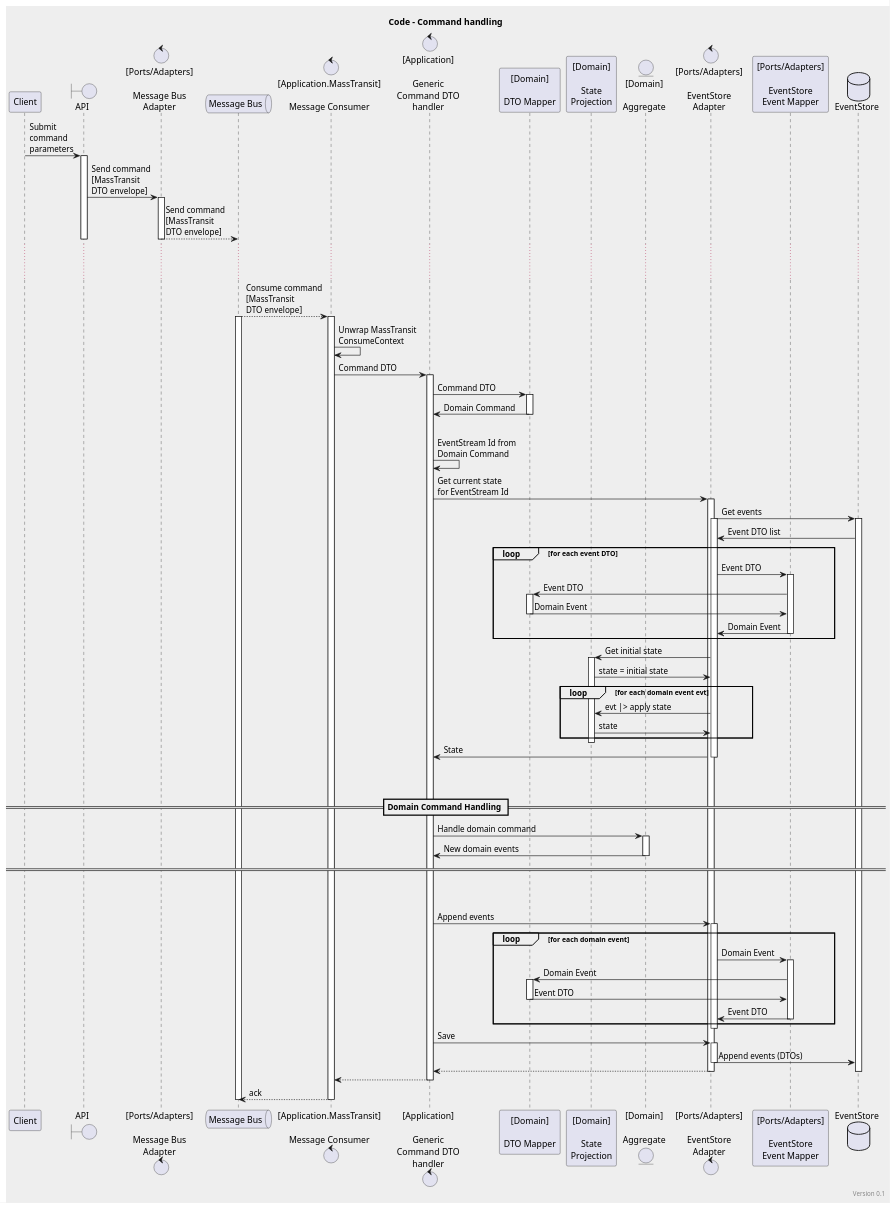
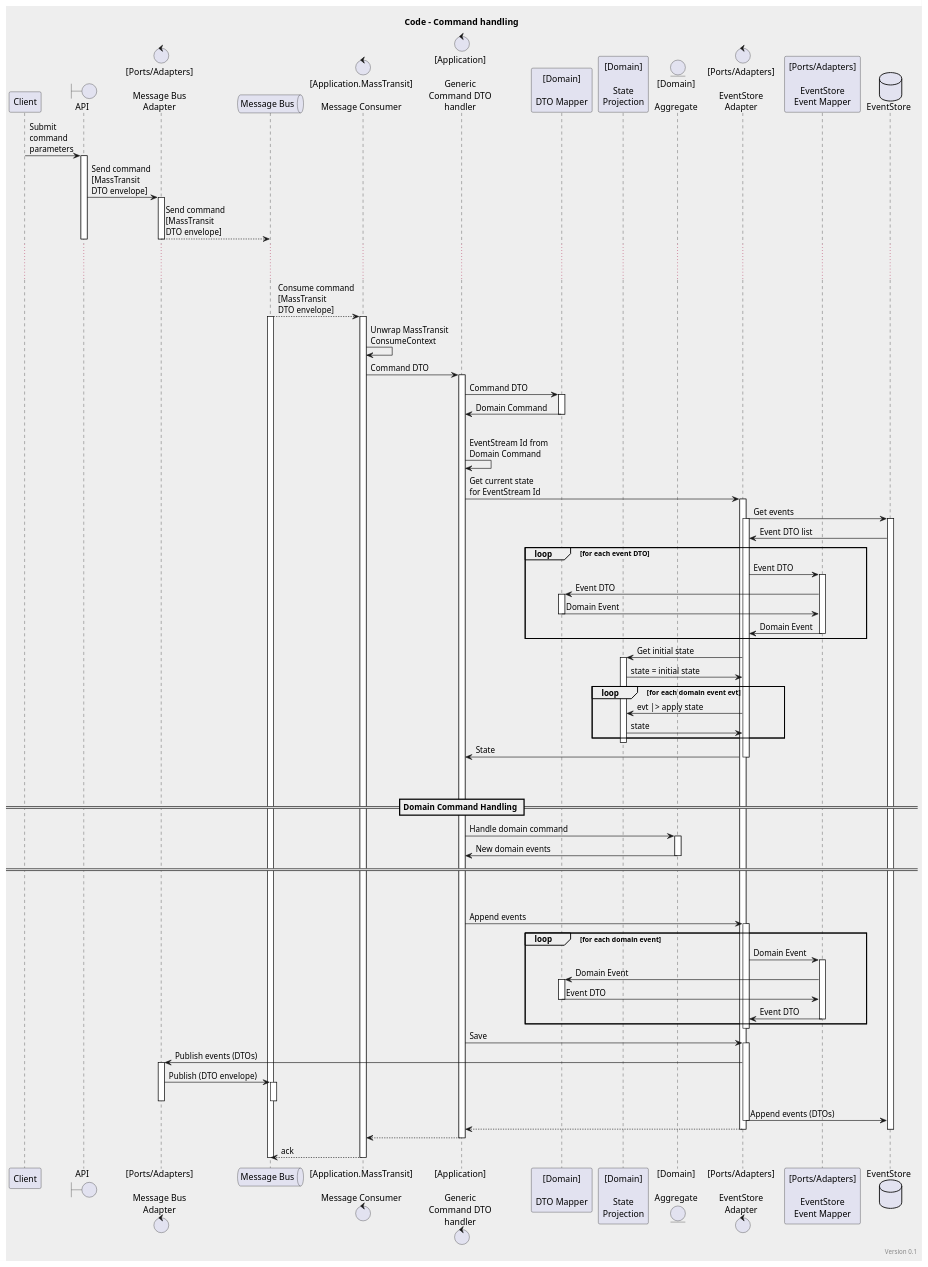
Before and after one commit to iblazhko/cqrs-fsharp: the diagram in doc/C4/code-cmd-handler.puml, drawn with PlantUML. The commit also changed 18 other files, not shown here.

Commit message:
Refactor; update diagram

```diff
--- a/doc/C4/code-cmd-handler.puml
+++ b/doc/C4/code-cmd-handler.puml
@@ -1,118 +1,126 @@
 @startuml Inventory System - Componets - Command Handling
 
 skinparam defaultFontName "D-DIN"
 skinparam backgroundColor #EEEEEE
 
 title Code - Command handling
 right footer Version 0.1
 
 participant "Client" as client
 boundary "API" as api
 control "[Ports/Adapters]\n\nMessage Bus\nAdapter" as messagebus_adapter
 queue "Message Bus" as messagebus
 control "[Application.MassTransit]\n\nMessage Consumer" as mt_consumer
 control "[Application]\n\nGeneric\nCommand DTO\nhandler" as dto_handler
 participant "[Domain]\n\nDTO Mapper" as dto_mapper
 participant "[Domain]\n\nState\nProjection" as state_projection
 entity "[Domain]\n\nAggregate" as aggregate
 control "[Ports/Adapters]\n\nEventStore\nAdapter" as eventstore_adapter
 participant "[Ports/Adapters]\n\nEventStore\nEvent Mapper" as eventstore_eventmapper
 database "EventStore" as eventstore
 
 client -> api: Submit\ncommand\nparameters
 activate api
 api -> messagebus_adapter: Send command\n[MassTransit\nDTO envelope]
 activate messagebus_adapter
 messagebus_adapter --> messagebus: Send command\n[MassTransit\nDTO envelope]
 deactivate messagebus_adapter
 deactivate api
 
 ... \n ...
 
 mt_consumer <-- messagebus: Consume command\n[MassTransit\nDTO envelope]
 activate messagebus
 activate mt_consumer
 mt_consumer -> mt_consumer: Unwrap MassTransit\nConsumeContext
 mt_consumer -> dto_handler: Command DTO
 
 activate dto_handler
 dto_handler -> dto_mapper: Command DTO
 activate dto_mapper
 dto_handler <- dto_mapper: Domain Command
 deactivate dto_mapper
 |||
 
 dto_handler -> dto_handler: EventStream Id from\nDomain Command
 dto_handler -> eventstore_adapter: Get current state\nfor EventStream Id
 activate eventstore_adapter
 eventstore_adapter -> eventstore: Get events
 activate eventstore_adapter
 activate eventstore
 eventstore -> eventstore_adapter: Event DTO list
 loop for each event DTO
     eventstore_adapter -> eventstore_eventmapper: Event DTO
     activate eventstore_eventmapper
     eventstore_eventmapper -> dto_mapper: Event DTO
     activate dto_mapper
     eventstore_eventmapper <- dto_mapper: Domain Event
     deactivate dto_mapper
     eventstore_adapter <- eventstore_eventmapper: Domain Event
     deactivate eventstore_eventmapper
 end
 
 eventstore_adapter -> state_projection: Get initial state
 activate state_projection
 eventstore_adapter <- state_projection: state = initial state
 loop for each domain event evt
     eventstore_adapter -> state_projection: evt |> apply state
     eventstore_adapter <- state_projection: state
 end
 deactivate state_projection
 
 dto_handler <- eventstore_adapter: State
 deactivate eventstore_adapter
 
 |||
 |||
 == Domain Command Handling ==
     dto_handler -> aggregate: Handle domain command
     activate aggregate
     dto_handler <- aggregate: New domain events
     deactivate aggregate
 == ==
 |||
 |||
 
 dto_handler -> eventstore_adapter: Append events
 activate eventstore_adapter
 loop for each domain event
     eventstore_adapter -> eventstore_eventmapper: Domain Event
     activate eventstore_eventmapper
     eventstore_eventmapper -> dto_mapper: Domain Event
     activate dto_mapper
     eventstore_eventmapper <- dto_mapper: Event DTO
     deactivate dto_mapper
     eventstore_adapter <- eventstore_eventmapper: Event DTO
     deactivate eventstore_eventmapper
 end
 deactivate eventstore_adapter
 
 dto_handler -> eventstore_adapter: Save
 activate eventstore_adapter
+eventstore_adapter -> messagebus_adapter: Publish events (DTOs)
+activate messagebus_adapter
+messagebus_adapter -> messagebus: Publish (DTO envelope)
+activate messagebus
+deactivate messagebus_adapter
+deactivate messagebus
+
 eventstore_adapter -> eventstore: Append events (DTOs)
+
 deactivate eventstore_adapter
 
 eventstore_adapter --> dto_handler
 
 deactivate eventstore_adapter
 deactivate eventstore
 
 dto_handler --> mt_consumer
 deactivate dto_handler
 
 mt_consumer --> messagebus: ack
 deactivate mt_consumer
 
 deactivate messagebus
 
 @enduml
```
